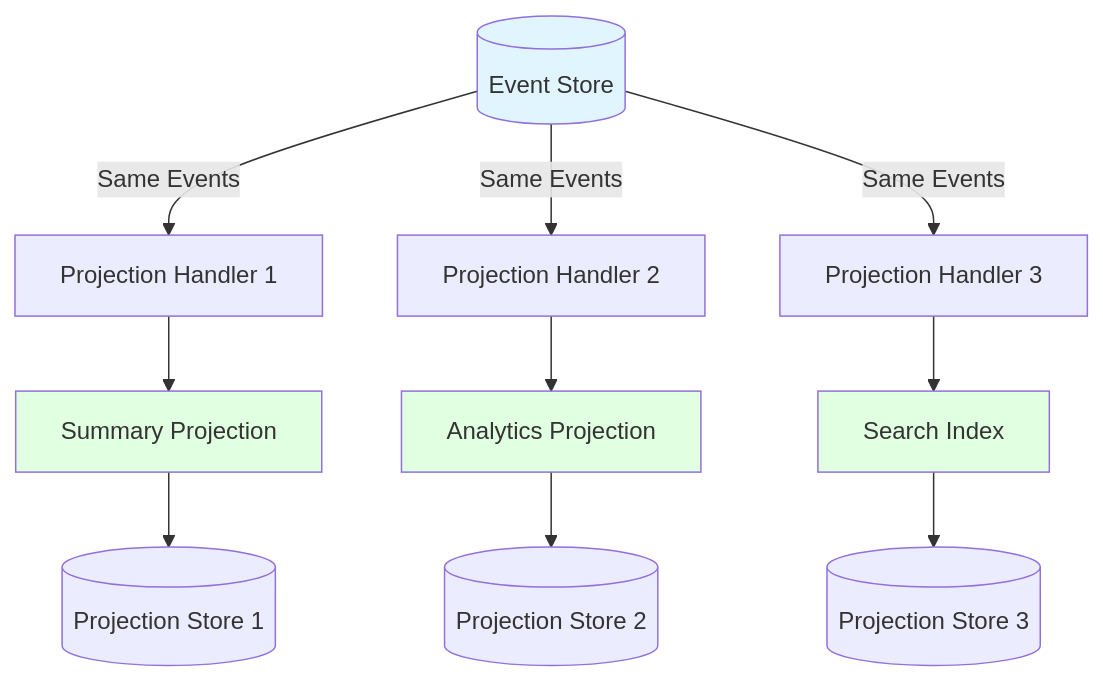
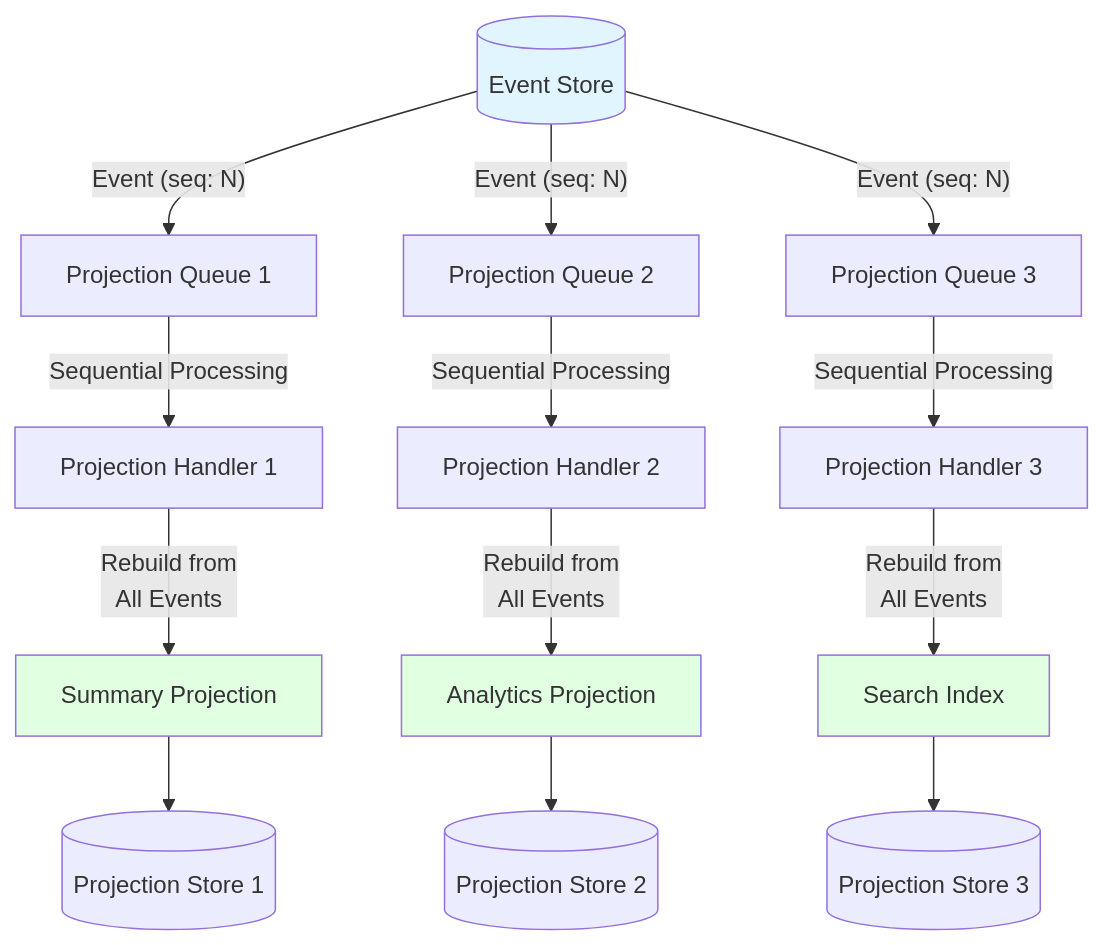
Before and after one commit to langwatch/langwatch: the sixth of 8 diagrams in langwatch/src/server/event-sourcing/library/ARCHITECTURE.md, drawn with Mermaid. The commit also changed other lines of this file and 1 other file, not shown here.

First line of the commit message:
docs(es): update architecture and readme for sequential processing

````diff
--- a/langwatch/src/server/event-sourcing/library/ARCHITECTURE.md
+++ b/langwatch/src/server/event-sourcing/library/ARCHITECTURE.md
@@ -258,19 +319,23 @@
 ```mermaid
 graph TB
-    ES[(Event Store)] --> |"Same Events"| PH1[Projection Handler 1]
-    ES --> |"Same Events"| PH2[Projection Handler 2]
-    ES --> |"Same Events"| PH3[Projection Handler 3]
+    ES[(Event Store)] --> |"Event (seq: N)"| Q1[Projection Queue 1]
+    ES --> |"Event (seq: N)"| Q2[Projection Queue 2]
+    ES --> |"Event (seq: N)"| Q3[Projection Queue 3]
 
-    PH1 --> P1[Summary Projection]
-    PH2 --> P2[Analytics Projection]
-    PH3 --> P3[Search Index]
+    Q1 --> |"Sequential Processing"| PH1[Projection Handler 1]
+    Q2 --> |"Sequential Processing"| PH2[Projection Handler 2]
+    Q3 --> |"Sequential Processing"| PH3[Projection Handler 3]
+
+    PH1 --> |"Rebuild from<br/>All Events"| P1[Summary Projection]
+    PH2 --> |"Rebuild from<br/>All Events"| P2[Analytics Projection]
+    PH3 --> |"Rebuild from<br/>All Events"| P3[Search Index]
 
     P1 --> PS1[(Projection Store 1)]
     P2 --> PS2[(Projection Store 2)]
     P3 --> PS3[(Projection Store 3)]
 
     style ES fill:#e1f5ff
     style P1 fill:#e1ffe1
     style P2 fill:#e1ffe1
     style P3 fill:#e1ffe1
 ```
````
